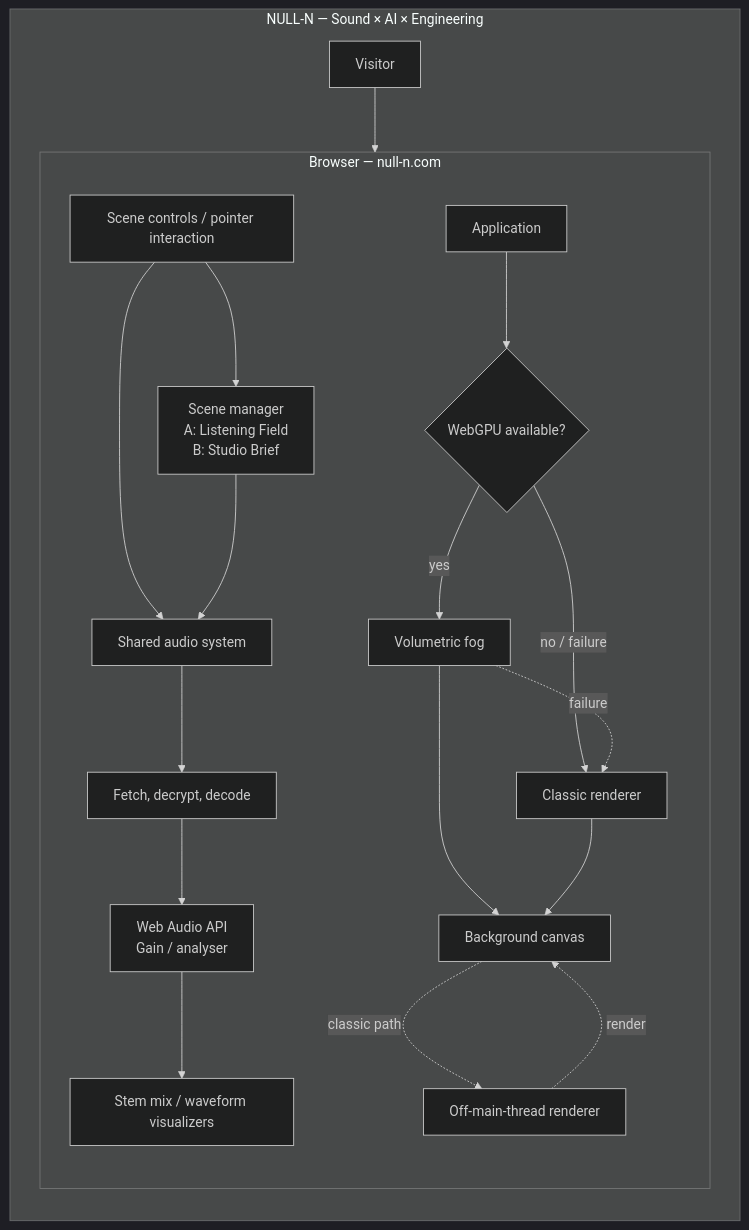
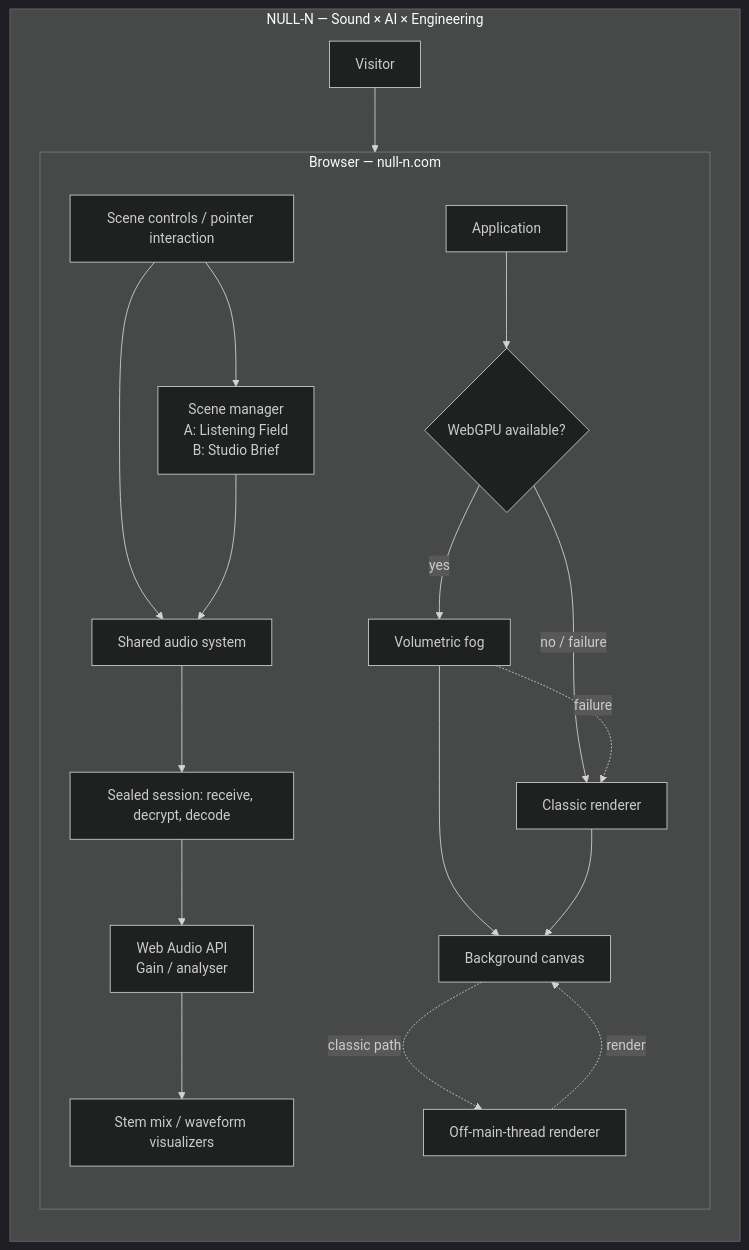
One commit to NULL-N/null-n.com-case-study changed the first of 2 diagrams in README.md. Above: the diagram before and after it, drawn with Mermaid (dark theme). The commit also changed other lines of this file and 1 other file, not shown here.

Commit message:
Advance the delivery boundary to sealed sessions

````diff
--- a/README.md
+++ b/README.md
@@ -134,26 +152,26 @@
 ```mermaid
 flowchart TB
   subgraph Work["NULL-N — Sound × AI × Engineering"]
     direction TB
     Visitor["Visitor"] --> Interface["Scene controls / pointer interaction"]
 
     subgraph Browser["Browser — null-n.com"]
       direction TB
       Interface --> Scenes["Scene manager\nA: Listening Field\nB: Studio Brief"]
       Interface --> Audio["Shared audio system"]
       Scenes --> Audio
-      Audio --> Stream["Fetch, decrypt, decode"]
+      Audio --> Stream["Sealed session: receive, decrypt, decode"]
       Stream --> Context["Web Audio API\nGain / analyser"]
       Context --> Mix["Stem mix / waveform visualizers"]
 
       App["Application"] --> Select{"WebGPU available?"}
       Select -->|yes| Fog["Volumetric fog"]
       Select -->|no / failure| Classic["Classic renderer"]
       Fog -. "failure" .-> Classic
       Fog --> Canvas["Background canvas"]
       Classic --> Canvas
       Canvas -. "classic path" .-> Worker["Off-main-thread renderer"]
       Worker -. "render" .-> Canvas
     end
   end
 ```
````
